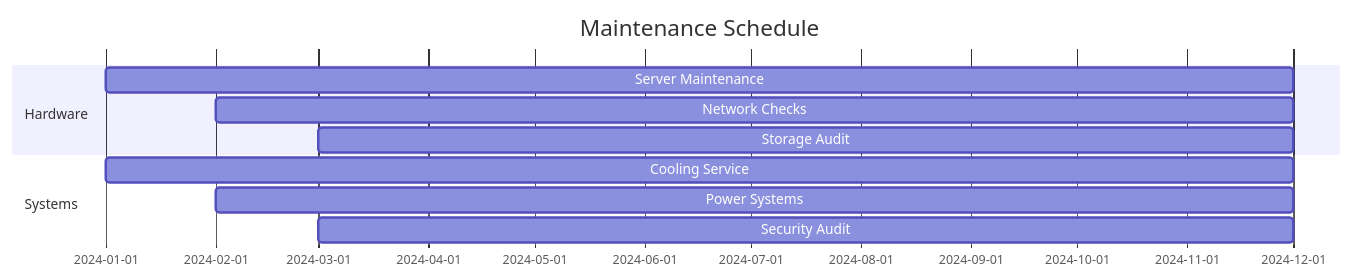
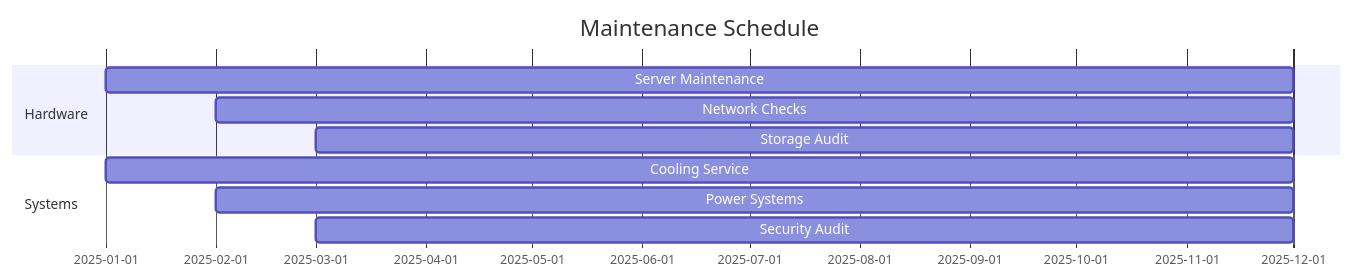
Before and after one commit to Vortx-AI/synthetic-satellite: the fifth of 9 diagrams in docs/sustainability/operations.md, drawn with Mermaid. The commit also changed other lines of this file, not shown here.

````diff
--- a/docs/sustainability/operations.md
+++ b/docs/sustainability/operations.md
@@ -119,13 +119,13 @@
 ```mermaid
 gantt
     title Maintenance Schedule
     dateFormat YYYY-MM
     section Hardware
-    Server Maintenance   :2024-01, 2024-12
-    Network Checks      :2024-02, 2024-12
-    Storage Audit       :2024-03, 2024-12
+    Server Maintenance   :2025-01, 2025-12
+    Network Checks      :2025-02, 2025-12
+    Storage Audit       :2025-03, 2025-12
     section Systems
-    Cooling Service     :2024-01, 2024-12
-    Power Systems       :2024-02, 2024-12
-    Security Audit      :2024-03, 2024-12
+    Cooling Service     :2025-01, 2025-12
+    Power Systems       :2025-02, 2025-12
+    Security Audit      :2025-03, 2025-12
 ```
````
